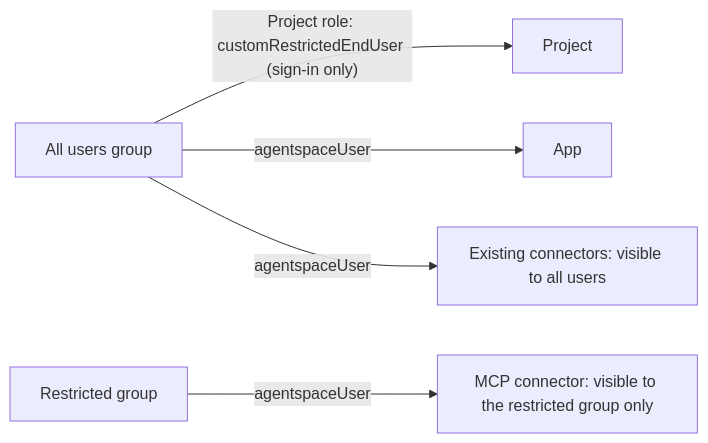
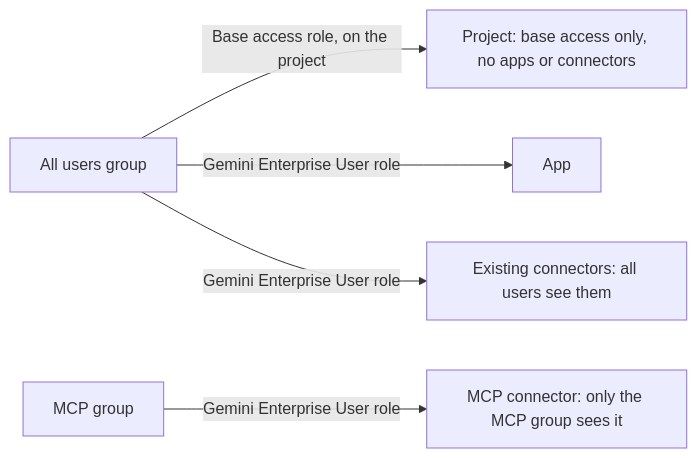
One commit to tohweizhong/agentic-demos changed the third of 4 diagrams in ge_utils/ge_connector_iam_test/README.md. Above: the diagram before and after it, drawn with Mermaid. The commit also changed other lines of this file, not shown here.

First line of the commit message:
Make the connector IAM README clearer with key terms, tables, and diagrams

````diff
--- a/ge_utils/ge_connector_iam_test/README.md
+++ b/ge_utils/ge_connector_iam_test/README.md
@@ -64,7 +74,7 @@
 ```mermaid
 flowchart LR
-  AU["All users group"] -->|"Project role: customRestrictedEndUser (sign-in only)"| PROJ["Project"]
-  AU -->|"agentspaceUser"| APP["App"]
-  AU -->|"agentspaceUser"| EX["Existing connectors: visible to all users"]
-  RG["Restricted group"] -->|"agentspaceUser"| MCP["MCP connector: visible to the restricted group only"]
+  AU["All users group"] -->|"Base access role, on the project"| PROJ["Project: base access only, no apps or connectors"]
+  AU -->|"Gemini Enterprise User role"| APP["App"]
+  AU -->|"Gemini Enterprise User role"| EX["Existing connectors: all users see them"]
+  RG["MCP group"] -->|"Gemini Enterprise User role"| MCP["MCP connector: only the MCP group sees it"]
 ```
````
